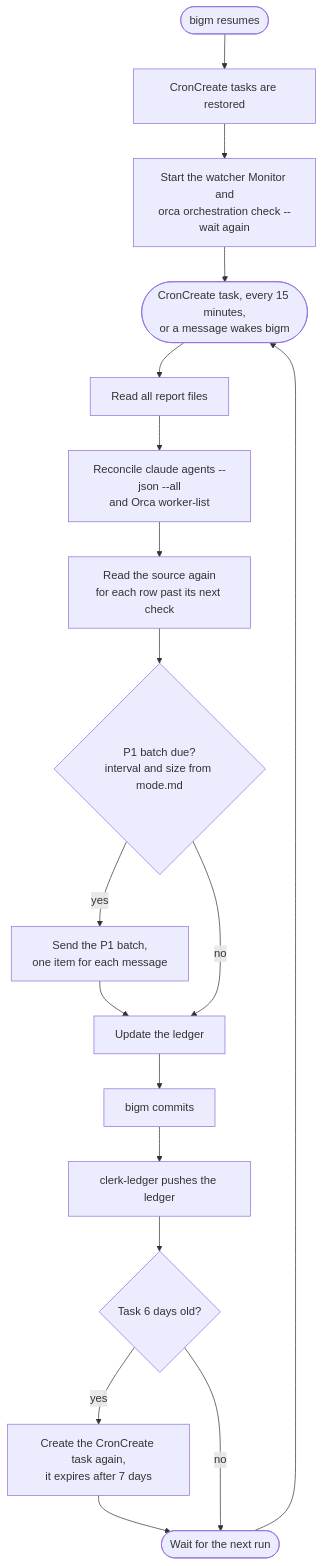
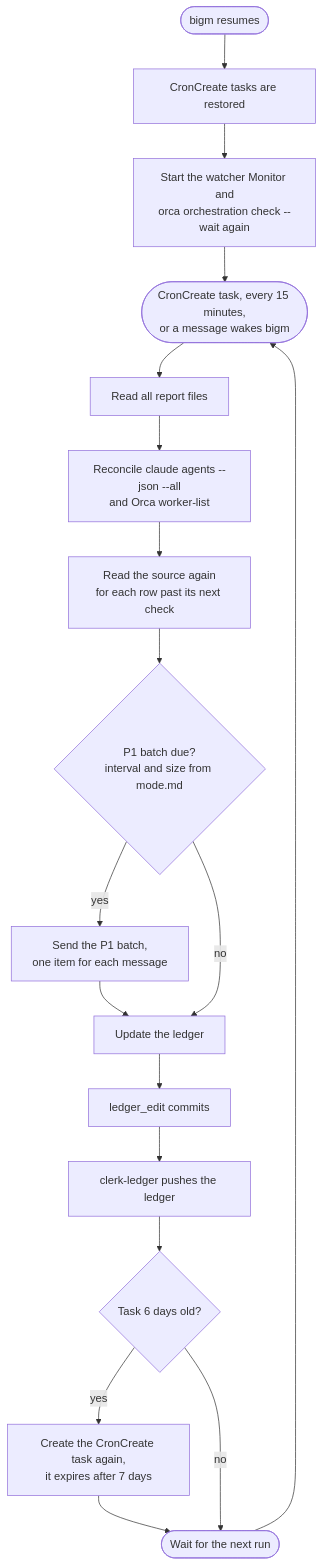
The seventh of 7 diagrams in docs/flow.md (oter/bruh), drawn with Mermaid before and after one commit. The commit also changed other lines of this file and 8 other files, not shown here.

First line of the commit message:
Document ledger_edit as built and update its dependents (spec 8.7, design.md L55)

````diff
--- a/docs/flow.md
+++ b/docs/flow.md
@@ -244,18 +244,18 @@
 ```mermaid
 flowchart TD
     cron(["CronCreate task, every 15 minutes,<br/>or a message wakes bigm"]) --> reports[Read all report files]
     reports --> rec["Reconcile claude agents --json --all<br/>and Orca worker-list"]
     rec --> rows[Read the source again<br/>for each row past its next check]
     rows --> due{"P1 batch due?<br/>interval and size from mode.md"}
     due -->|yes| batch[Send the P1 batch,<br/>one item for each message] --> upd
     due -->|no| upd[Update the ledger]
-    upd --> commit[bigm commits]
+    upd --> commit[ledger_edit commits]
     commit --> push[clerk-ledger pushes the ledger]
     push --> age{Task 6 days old?}
     age -->|yes| again["Create the CronCreate task again,<br/>it expires after 7 days"] --> wait
     age -->|no| wait([Wait for the next run])
     wait --> cron
     resume([bigm resumes]) --> restore[CronCreate tasks are restored]
     restore --> restart["Start the watcher Monitor and<br/>orca orchestration check --wait again"]
     restart --> cron
 ```
````
